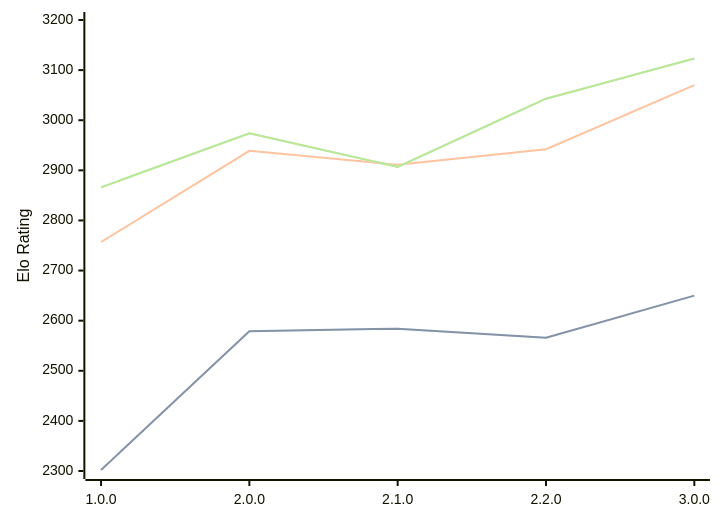
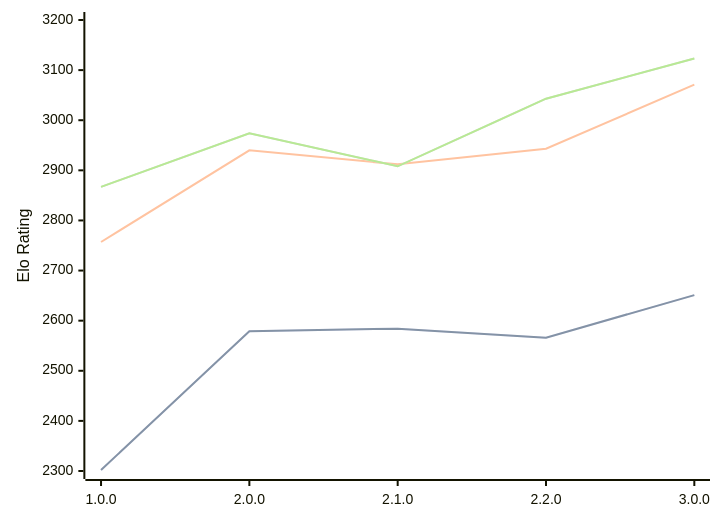
One commit to computer-chess-index/cci changed the diagram in engines/Catalyst.md. Above: the diagram before and after it, drawn with Mermaid. The commit also changed other lines of this file, not shown here.

Commit message:
Update CCI Ratings (ELO VLTC) - 2026-07-25

````diff
--- a/engines/Catalyst.md
+++ b/engines/Catalyst.md
@@ -36,11 +36,11 @@
 ```mermaid
 %%{init: {"theme":"base","themeVariables":{"seriesColors:['#a3a3a3','#222221','#faa371']}}}%%
 xychart-beta
   x-axis ["1.0.0", "2.0.0", "2.1.0", "2.2.0", "3.0.0"]
   y-axis "Elo Rating" 2300 --> 3200
-  line "STC (8.0+0.08s)" [2302, 2579, 2584, 2566, 2650]
-  line "STC (8.0+0.08s)" [2302, 2579, 2584, 2566, 2650]
-  line "LTC (60.0+0.60s)" [2757, 2939, 2911, 2942, 3070]
-  line "VLTC (2m24s+1.12s)" [2866, 2974, 2907, 3043, 3123]
-  line "VLTC (2m24s+1.12s)" [2866, 2974, 2907, 3043, 3123]
+  line "STC (8.0+0.08s)" [2302, 2579, 2584, 2566, 2651]
+  line "STC (8.0+0.08s)" [2302, 2579, 2584, 2566, 2651]
+  line "LTC (60.0+0.60s)" [2757, 2940, 2912, 2943, 3071]
+  line "VLTC (2m24s+1.12s)" [2867, 2974, 2908, 3043, 3123]
+  line "VLTC (2m24s+1.12s)" [2867, 2974, 2908, 3043, 3123]
 ```
````
